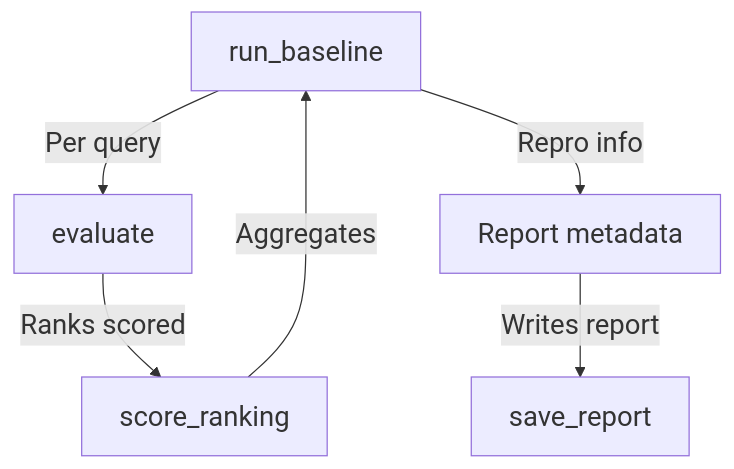
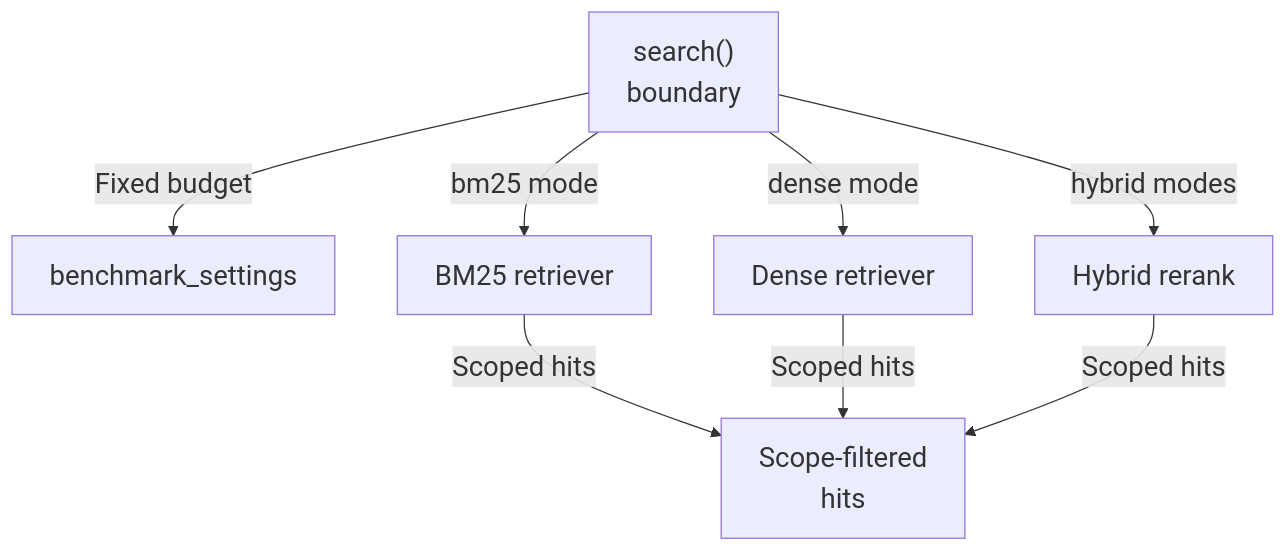
The diagram in maps/evaluation/diagram-04.mmd (Justin-Mendoza/Afterclass), drawn with Mermaid before and after one commit. The commit also changed 83 other files, not shown here.

```diff
--- a/maps/evaluation/diagram-04.mmd
+++ b/maps/evaluation/diagram-04.mmd
@@ -1,12 +1,15 @@
 %%{init: {"themeVariables": {"fontSize": "22px"}}}%%
 flowchart TD
-  n0["run_baseline"]
-  n1["evaluate"]
-  n2["score_ranking"]
-  n3["Report metadata"]
-  n4["save_report"]
-  n0 -->|"Per query"| n1
-  n1 -->|"Ranks scored"| n2
-  n2 -->|"Aggregates"| n0
-  n0 -->|"Repro info"| n3
-  n3 -->|"Writes report"| n4
+  n0["search()<br/>boundary"]
+  n1["benchmark_settings"]
+  n2["BM25 retriever"]
+  n3["Dense retriever"]
+  n4["Hybrid rerank"]
+  n5["Scope-filtered<br/>hits"]
+  n0 -->|"Fixed budget"| n1
+  n0 -->|"bm25 mode"| n2
+  n0 -->|"dense mode"| n3
+  n0 -->|"hybrid modes"| n4
+  n2 -->|"Scoped hits"| n5
+  n3 -->|"Scoped hits"| n5
+  n4 -->|"Scoped hits"| n5
```
